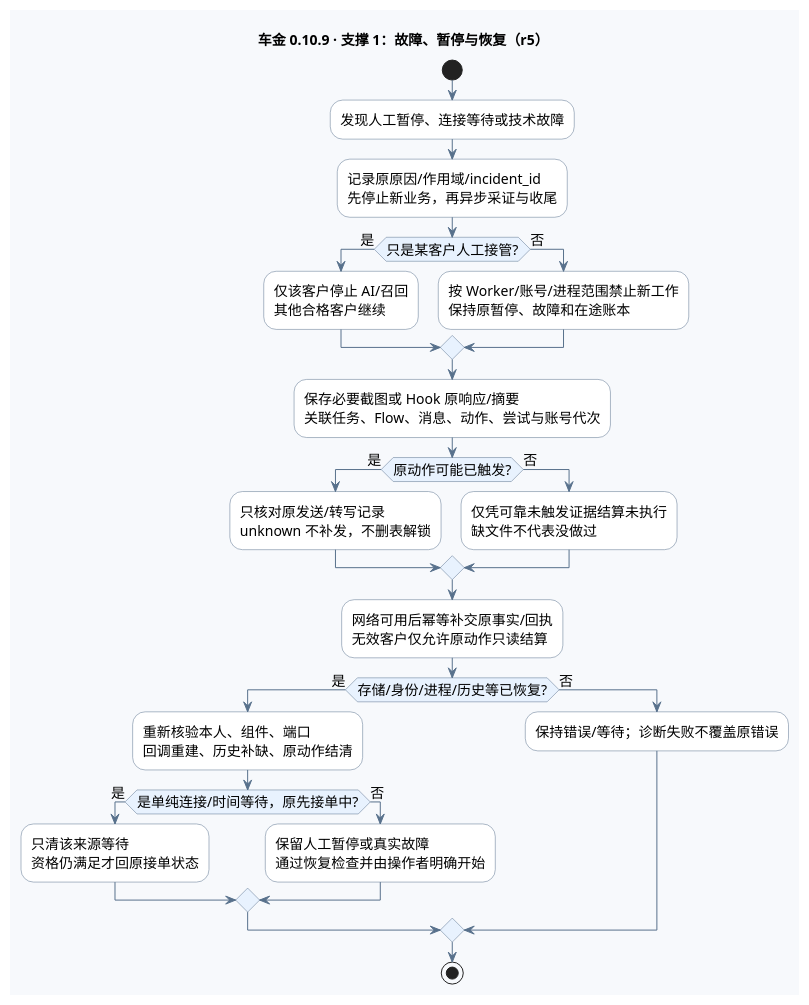
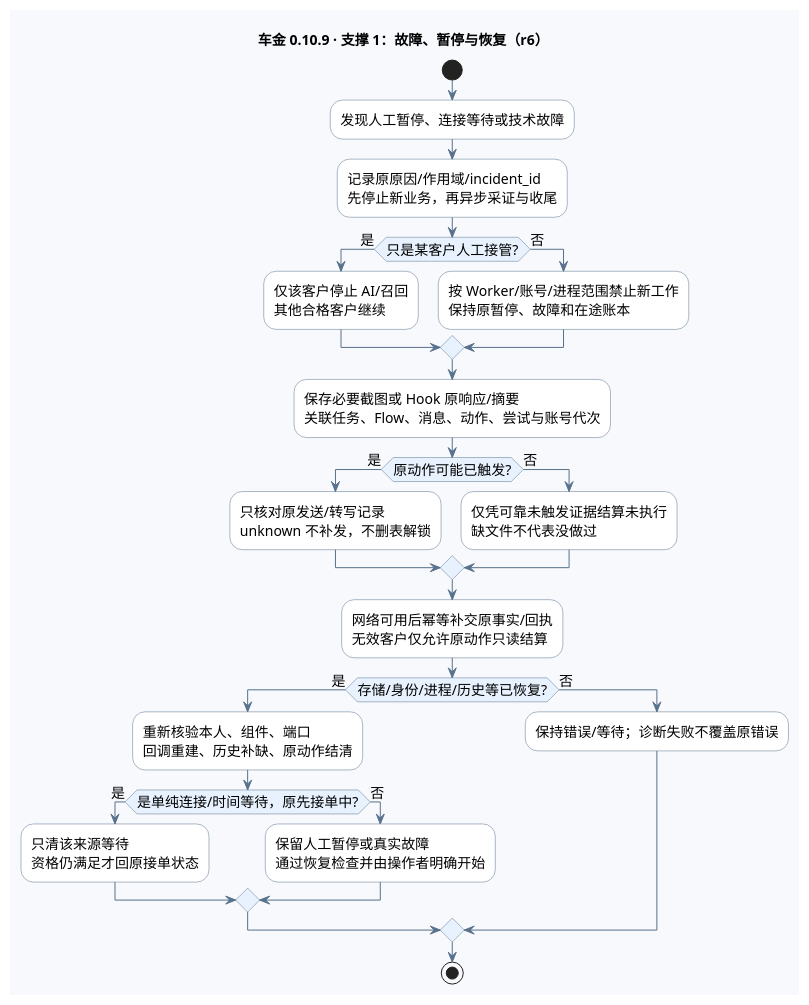
Before and after one commit to edwardzhang0304/chejin-ai-sales: the second of 6 diagrams in deliverables/AI智能客服售前跟进系统_全流程图_v0.10.9.puml, drawn with PlantUML. The commit also changed other lines of this file and 7 other files, not shown here.

```diff
--- a/deliverables/AI智能客服售前跟进系统_全流程图_v0.10.9.puml
+++ b/deliverables/AI智能客服售前跟进系统_全流程图_v0.10.9.puml
@@ -202,51 +202,51 @@
 @startuml fault
 !pragma layout smetana
 skinparam defaultFontName "PingFang SC"
 skinparam defaultFontSize 14
 skinparam backgroundColor #F7F9FC
 skinparam shadowing false
 skinparam activityBackgroundColor #FFFFFF
 skinparam activityBorderColor #58718C
 skinparam activityDiamondBackgroundColor #E8F2FE
 skinparam activityDiamondBorderColor #58718C
 skinparam ArrowColor #58718C
 skinparam noteBackgroundColor #FFF4D9
 skinparam noteBorderColor #CDA556
-title 车金 0.10.9 · 支撑 1：故障、暂停与恢复（r5）
+title 车金 0.10.9 · 支撑 1：故障、暂停与恢复（r6）
 start
 :发现人工暂停、连接等待或技术故障;
 :记录原原因/作用域/incident_id
 先停止新业务，再异步采证与收尾;
 if (只是某客户人工接管?) then (是)
   :仅该客户停止 AI/召回
 其他合格客户继续;
 else (否)
   :按 Worker/账号/进程范围禁止新工作
 保持原暂停、故障和在途账本;
 endif
 :保存必要截图或 Hook 原响应/摘要
 关联任务、Flow、消息、动作、尝试与账号代次;
 if (原动作可能已触发?) then (是)
   :只核对原发送/转写记录
 unknown 不补发，不删表解锁;
 else (否)
   :仅凭可靠未触发证据结算未执行
 缺文件不代表没做过;
 endif
 :网络可用后幂等补交原事实/回执
 无效客户仅允许原动作只读结算;
 if (存储/身份/进程/历史等已恢复?) then (是)
   :重新核验本人、组件、端口
 回调重建、历史补缺、原动作结清;
   if (是单纯连接/时间等待，原先接单中?) then (是)
     :只清该来源等待
 资格仍满足才回原接单状态;
   else (否)
     :保留人工暂停或真实故障
 通过恢复检查并由操作者明确开始;
   endif
 else (否)
   :保持错误/等待；诊断失败不覆盖原错误;
 endif
 stop
 @enduml
```
